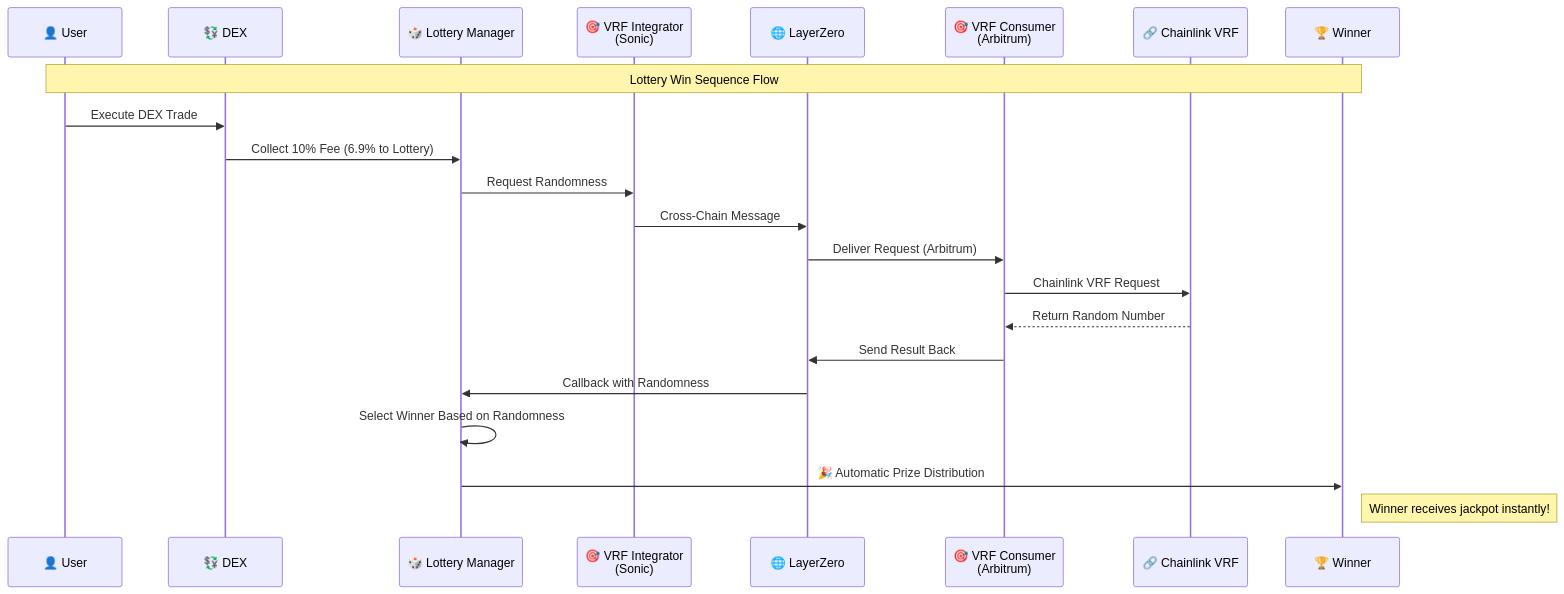
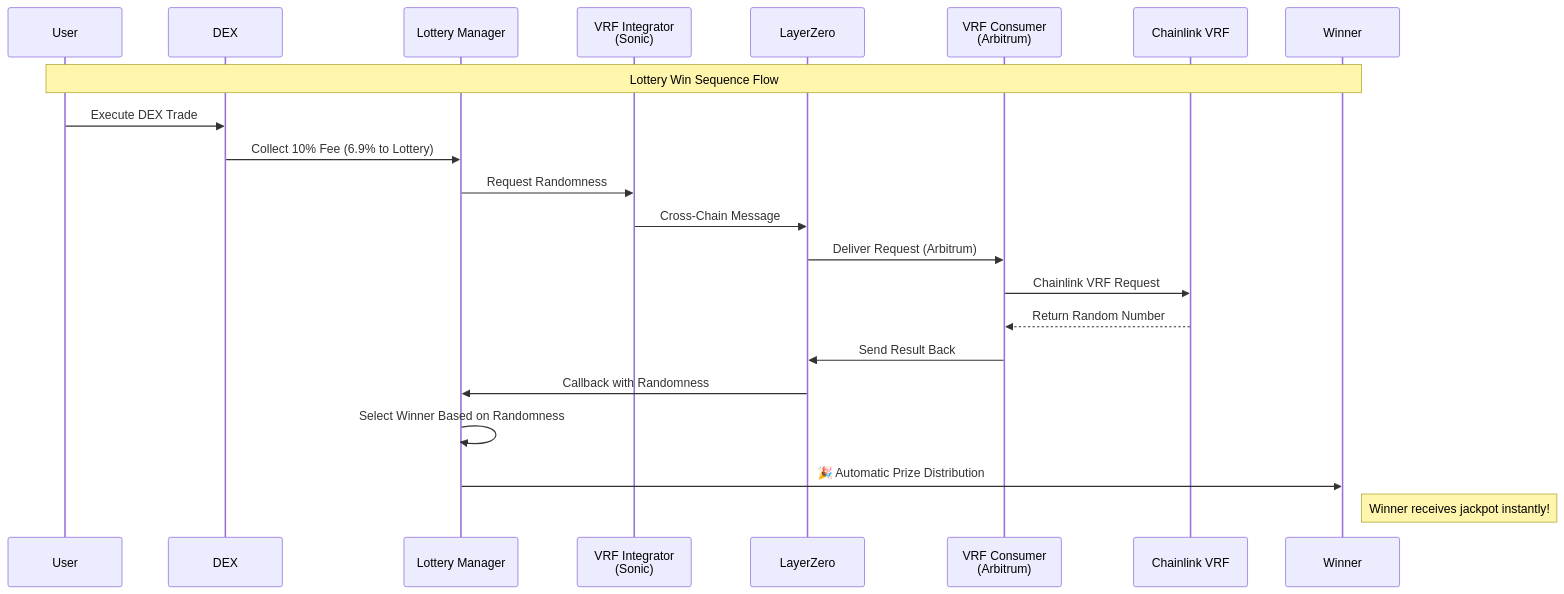
One commit to omnidragon-io/docs changed the third of 11 diagrams in docs/diagrams.md. Above: the diagram before and after it, drawn with Mermaid. The commit also changed other lines of this file, not shown here.

First line of the commit message:
docs: remove all emojis from Mermaid diagrams for clean, professional appearance

````diff
--- a/docs/diagrams.md
+++ b/docs/diagrams.md
@@ -104,27 +104,27 @@
 ```mermaid
 sequenceDiagram
-    participant U as 👤 User
-    participant DEX as 💱 DEX
-    participant LM as 🎲 Lottery Manager
-    participant VRF_I as 🎯 VRF Integrator<br/>(Sonic)
-    participant LZ as 🌐 LayerZero
-    participant VRF_C as 🎯 VRF Consumer<br/>(Arbitrum)
-    participant CL as 🔗 Chainlink VRF
-    participant W as 🏆 Winner
+    participant U as User
+    participant DEX as DEX
+    participant LM as Lottery Manager
+    participant VRF_I as VRF Integrator<br/>(Sonic)
+    participant LZ as LayerZero
+    participant VRF_C as VRF Consumer<br/>(Arbitrum)
+    participant CL as Chainlink VRF
+    participant W as Winner
 
     Note over U,W: Lottery Win Sequence Flow
 
     U->>DEX: Execute DEX Trade
     DEX->>LM: Collect 10% Fee (6.9% to Lottery)
     LM->>VRF_I: Request Randomness
     VRF_I->>LZ: Cross-Chain Message
     LZ->>VRF_C: Deliver Request (Arbitrum)
     VRF_C->>CL: Chainlink VRF Request
     CL-->>VRF_C: Return Random Number
     VRF_C->>LZ: Send Result Back
     LZ->>LM: Callback with Randomness
     LM->>LM: Select Winner Based on Randomness
     LM->>W: 🎉 Automatic Prize Distribution
 
     Note right of W: Winner receives jackpot instantly!
 ```
````
